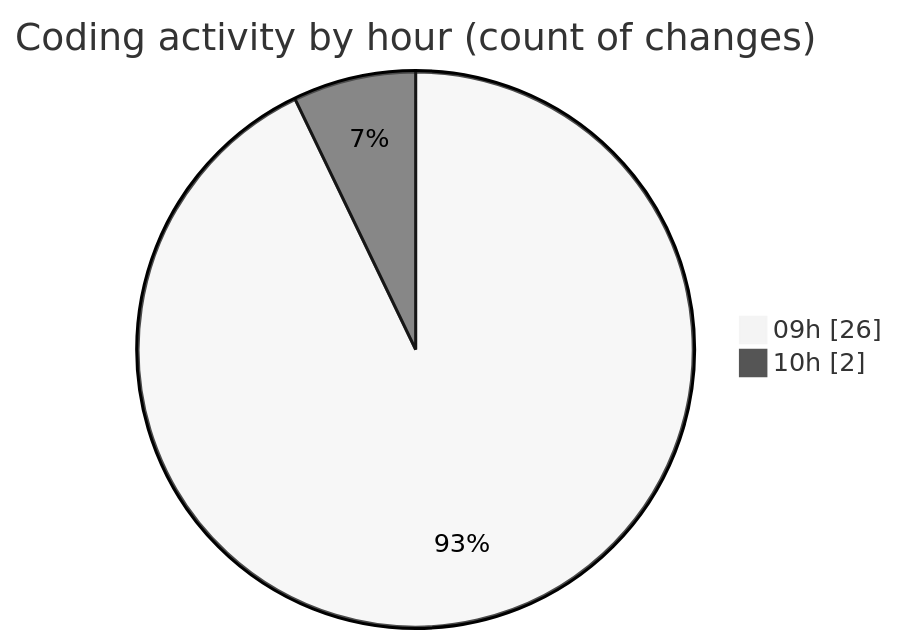
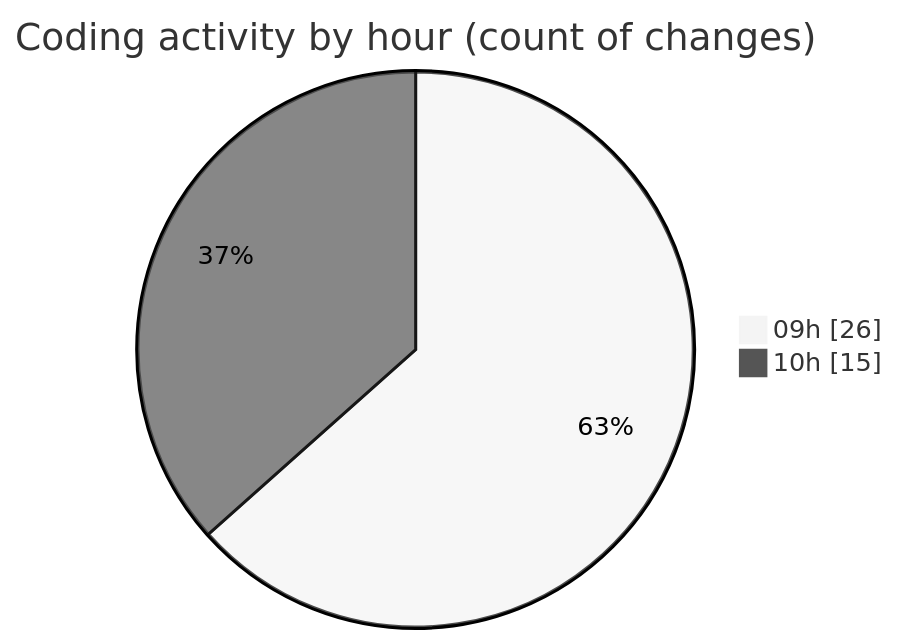
One commit to momahboobian/code-tracking changed the second of 2 diagrams in 2026-05-12/cda/README.md. Above: the diagram before and after it, drawn with Mermaid (neutral theme). The commit also changed other lines of this file and 1 other file, not shown here.

````diff
--- a/2026-05-12/cda/README.md
+++ b/2026-05-12/cda/README.md
@@ -46,6 +46,6 @@
 ```mermaid
 pie showData
 title Coding activity by hour (count of changes)
 "09h" : 26
-"10h" : 2
+"10h" : 15
 ```
````
